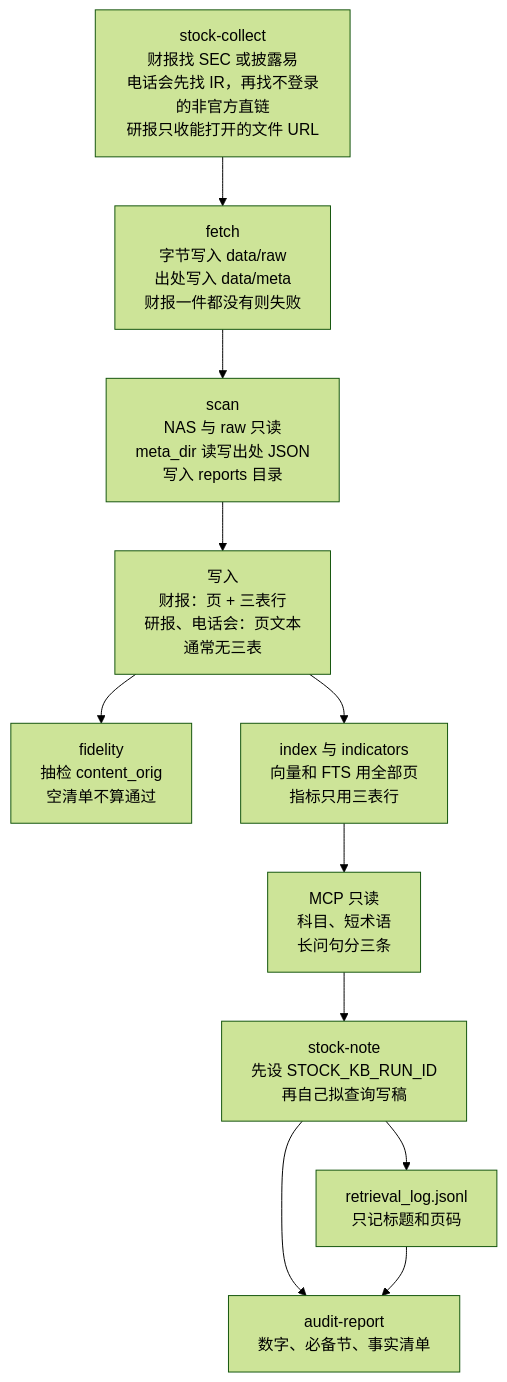
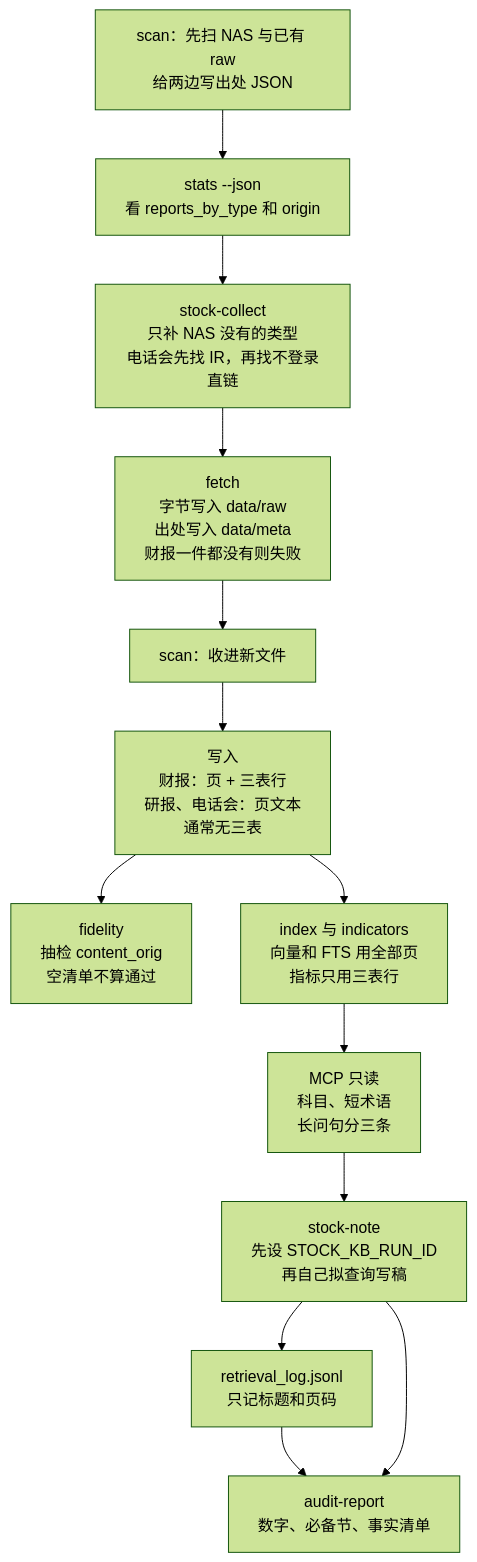
One commit to lyfxxxx/stock-kb changed the second of 5 diagrams in docs/report-system.md. Above: the diagram before and after it, drawn with Mermaid (forest theme). The commit also changed other lines of this file and 32 other files, not shown here.

````diff
--- a/docs/report-system.md
+++ b/docs/report-system.md
@@ -70,13 +73,20 @@
 ```mermaid
 flowchart TB
-  collect[stock-collect<br/>财报找 SEC 或披露易<br/>电话会先找 IR，再找不登录的非官方直链<br/>研报只收能打开的文件 URL] --> fetch[fetch<br/>字节写入 data/raw<br/>出处写入 data/meta<br/>财报一件都没有则失败]
-  fetch --> scan[scan<br/>NAS 与 raw 只读<br/>meta_dir 读写出处 JSON<br/>写入 reports 目录]
-  scan --> store[写入<br/>财报：页 + 三表行<br/>研报、电话会：页文本<br/>通常无三表]
-  store --> fid[fidelity<br/>抽检 content_orig<br/>空清单不算通过]
-  store --> index[index 与 indicators<br/>向量和 FTS 用全部页<br/>指标只用三表行]
-  index --> mcp[MCP 只读<br/>科目、短术语<br/>长问句分三条]
-  mcp --> draft[stock-note<br/>先设 STOCK_KB_RUN_ID<br/>再自己拟查询写稿]
-  draft --> qlog[retrieval_log.jsonl<br/>只记标题和页码]
-  draft --> audit[audit-report<br/>数字、必备节、事实清单]
-  qlog --> audit
+  scanNas[scan：先扫 NAS 与已有 raw<br/>给两边写出处 JSON]
+  stats[stats --json<br/>看 reports_by_type 和 origin]
+  collect[stock-collect<br/>只补 NAS 没有的类型<br/>电话会先找 IR，再找不登录直链]
+  fetch[fetch<br/>字节写入 data/raw<br/>出处写入 data/meta<br/>财报一件都没有则失败]
+  scanIn[scan：收进新文件]
+  store[写入<br/>财报：页 + 三表行<br/>研报、电话会：页文本<br/>通常无三表]
+  fid[fidelity<br/>抽检 content_orig<br/>空清单不算通过]
+  index[index 与 indicators<br/>向量和 FTS 用全部页<br/>指标只用三表行]
+  mcp[MCP 只读<br/>科目、短术语<br/>长问句分三条]
+  draft[stock-note<br/>先设 STOCK_KB_RUN_ID<br/>再自己拟查询写稿]
+  qlog[retrieval_log.jsonl<br/>只记标题和页码]
+  audit[audit-report<br/>数字、必备节、事实清单]
+  scanNas --> stats --> collect --> fetch --> scanIn --> store
+  store --> fid
+  store --> index --> mcp --> draft
+  draft --> qlog --> audit
+  draft --> audit
 ```
````
